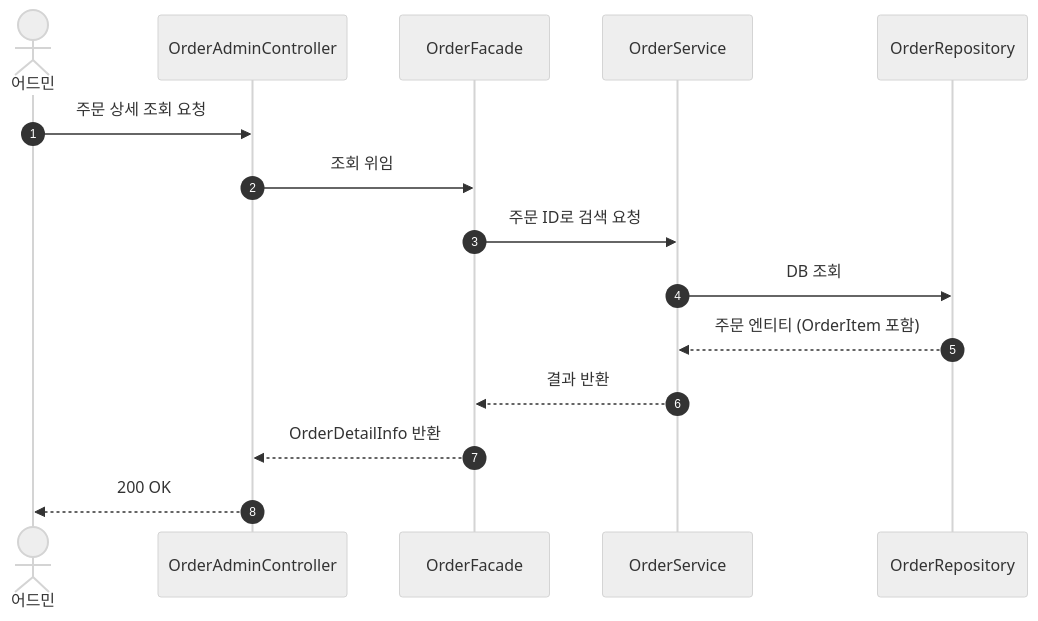
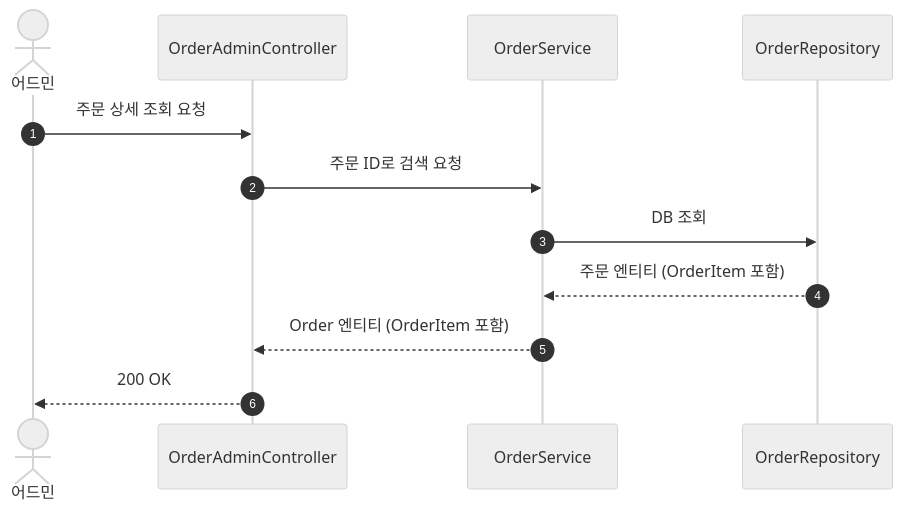
Diagram 21 of 21 in docs/design-v2/02-sequence-diagrams-v2.md (Loopers-dev-lab/loop-pack-be-l2-vol3-kotlin), drawn with Mermaid (neutral theme) before and after one commit. The commit also changed other lines of this file and 6 other files, not shown here.

First line of the commit message:
docs: v2 설계 문서 2차 리뷰 반영 — 6건 이슈 해소, 플로우차트·마인드맵 추가

````diff
--- a/docs/design-v2/02-sequence-diagrams-v2.md
+++ b/docs/design-v2/02-sequence-diagrams-v2.md
@@ -629,17 +592,14 @@
 ```mermaid
 sequenceDiagram
     autonumber
     actor Admin as 어드민
     participant C as OrderAdminController
-    participant F as OrderFacade
     participant OS as OrderService
     participant R as OrderRepository
     Admin ->> C: 주문 상세 조회 요청
-    C ->> F: 조회 위임
-    F ->> OS: 주문 ID로 검색 요청
+    C ->> OS: 주문 ID로 검색 요청
     OS ->> R: DB 조회
     R -->> OS: 주문 엔티티 (OrderItem 포함)
-    OS -->> F: 결과 반환
-    F -->> C: OrderDetailInfo 반환
+    OS -->> C: Order 엔티티 (OrderItem 포함)
     C -->> Admin: 200 OK
 ```
````
